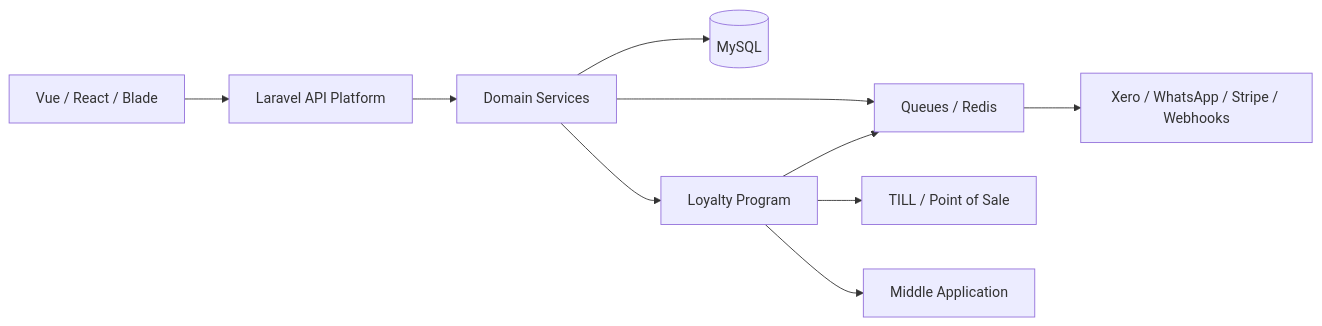
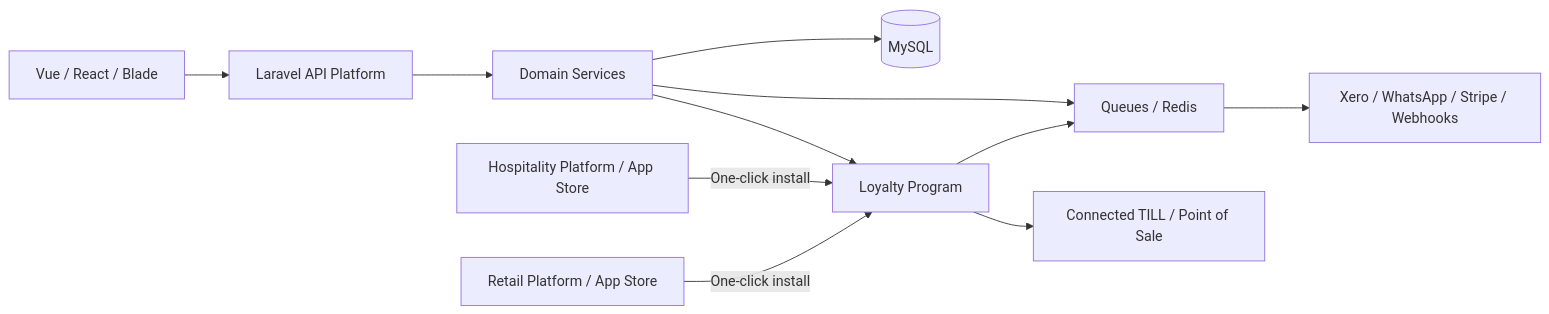
The diagram in README.md (anskhanz97/anskhanz97), drawn with Mermaid before and after one commit. The commit also changed other lines of this file, not shown here.

Commit message:
Clarify loyalty hosts and broaden experience

````diff
--- a/README.md
+++ b/README.md
@@ -25,12 +25,13 @@
 ```mermaid
 flowchart LR
     UI[Vue / React / Blade] --> API[Laravel API Platform]
     API --> DOMAIN[Domain Services]
     DOMAIN --> DB[(MySQL)]
     DOMAIN --> JOBS[Queues / Redis]
     DOMAIN --> LOYALTY[Loyalty Program]
-    LOYALTY --> TILL[TILL / Point of Sale]
-    LOYALTY --> MIDDLE[Middle Application]
+    HOSP[Hospitality Platform / App Store] -->|One-click install| LOYALTY
+    RETAIL[Retail Platform / App Store] -->|One-click install| LOYALTY
+    LOYALTY --> TILL[Connected TILL / Point of Sale]
     JOBS --> EXT[Xero / WhatsApp / Stripe / Webhooks]
     LOYALTY --> JOBS
 ```
````
